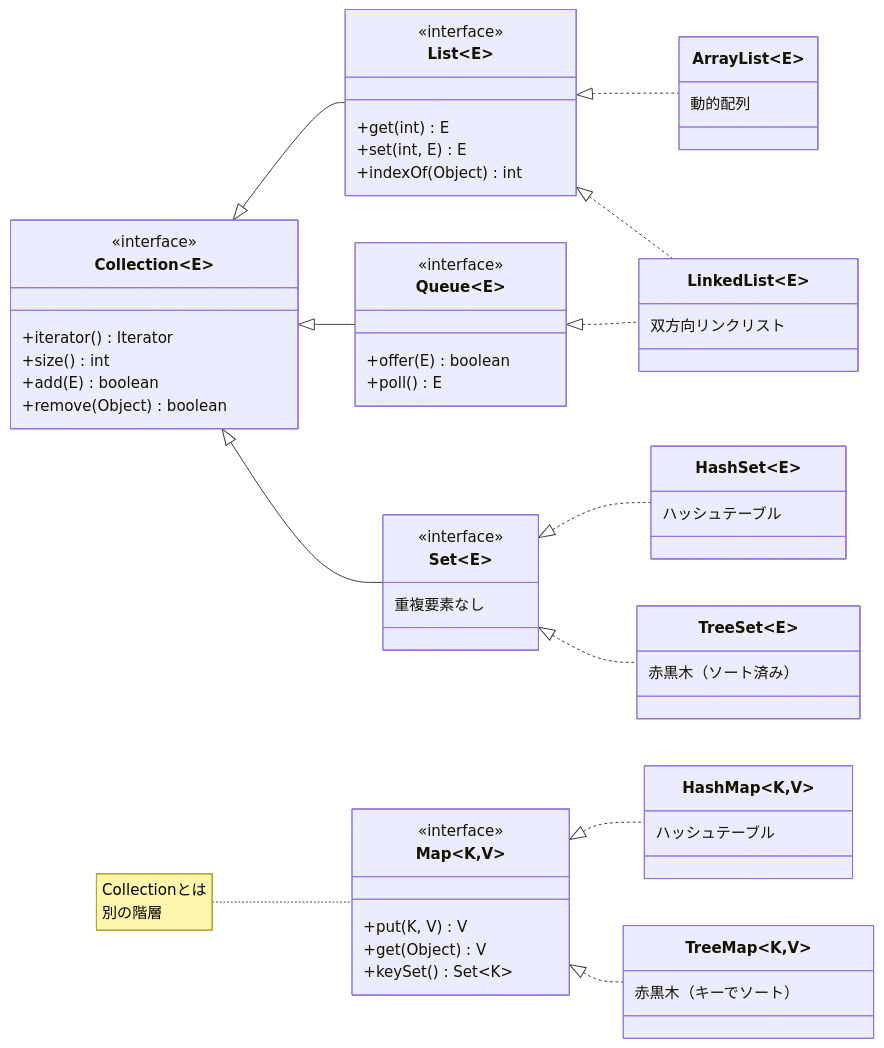
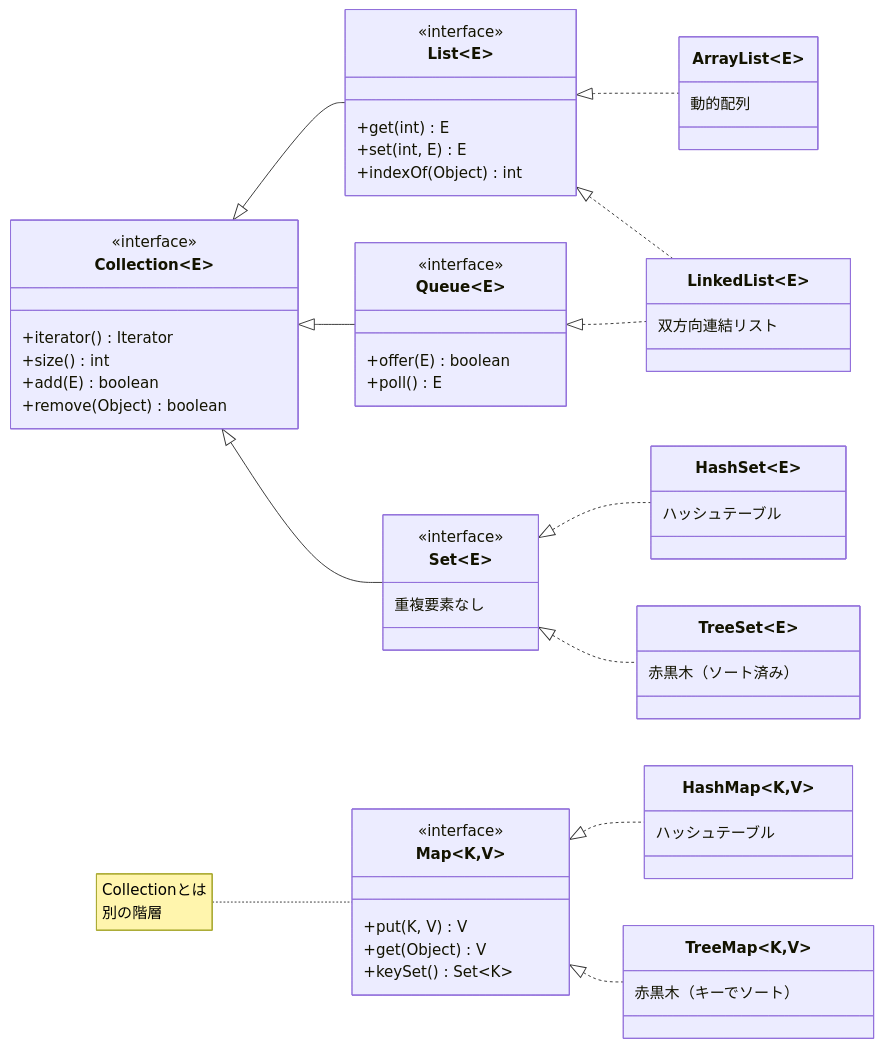
One commit to Nagatani/techbook-java-primer changed the diagram in docs/diagrams/chapter09-collection-hierarchy.mmd. Above: the diagram before and after it, drawn with Mermaid. The commit also changed 36 other files, not shown here.

First line of the commit message:
fix: 第9〜16章を校閲し、技術的な誤り・図の食い違い・表記を直す

```diff
--- a/docs/diagrams/chapter09-collection-hierarchy.mmd
+++ b/docs/diagrams/chapter09-collection-hierarchy.mmd
@@ -1,68 +1,68 @@
 classDiagram
     direction LR
 
 
     class Collection~E~ {
         <<interface>>
         +iterator() Iterator
         +size() int
         +add(E) boolean
         +remove(Object) boolean
     }
 
     class List~E~ {
         <<interface>>
         +get(int) E
         +set(int, E) E
         +indexOf(Object) int
     }
 
     class Set~E~ {
         <<interface>>
         重複要素なし
     }
 
     class Queue~E~ {
         <<interface>>
         +offer(E) boolean
         +poll() E
     }
 
     class Map~K,V~ {
         <<interface>>
         +put(K, V) V
         +get(Object) V
         +keySet() Set~K~
     }
 
     class ArrayList~E~ {
         動的配列
     }
     class LinkedList~E~ {
-        双方向リンクリスト
+        双方向連結リスト
     }
     class HashSet~E~ {
         ハッシュテーブル
     }
     class TreeSet~E~ {
         赤黒木（ソート済み）
     }
     class HashMap~K,V~ {
         ハッシュテーブル
     }
     class TreeMap~K,V~ {
         赤黒木（キーでソート）
     }
 
     Collection <|-- List
     Collection <|-- Set
     Collection <|-- Queue
     List <|.. ArrayList
     List <|.. LinkedList
     Queue <|.. LinkedList
     Set <|.. HashSet
     Set <|.. TreeSet
     Map <|.. HashMap
     Map <|.. TreeMap
 
     note for Map "Collectionとは<br/>別の階層"
```
